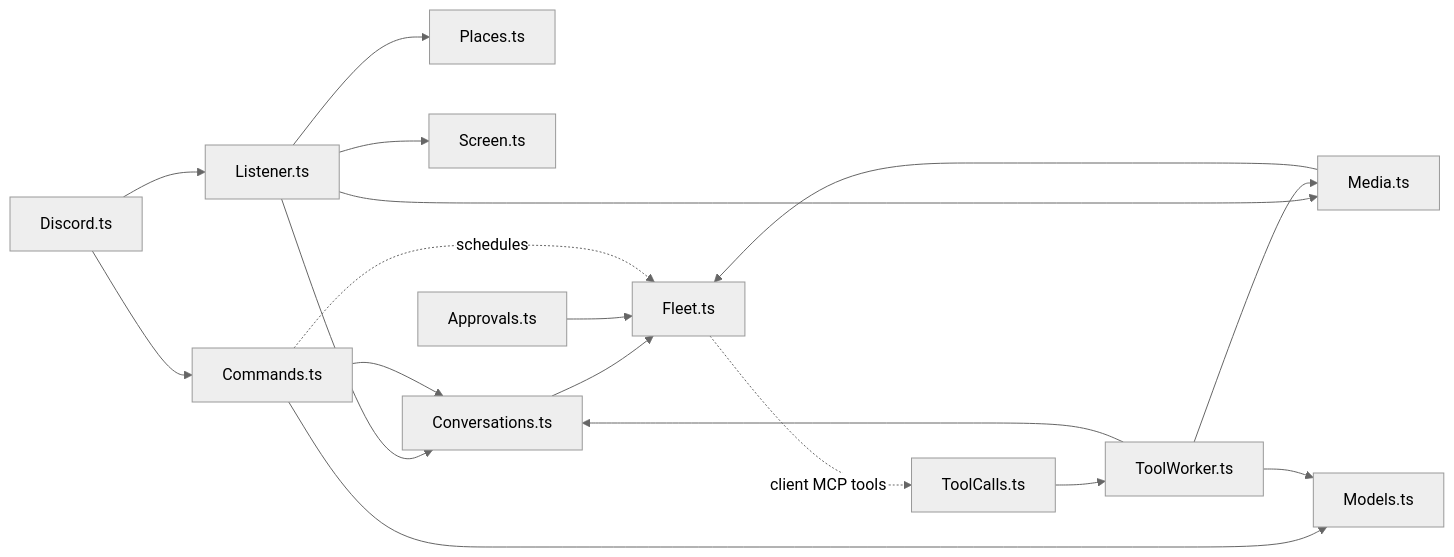
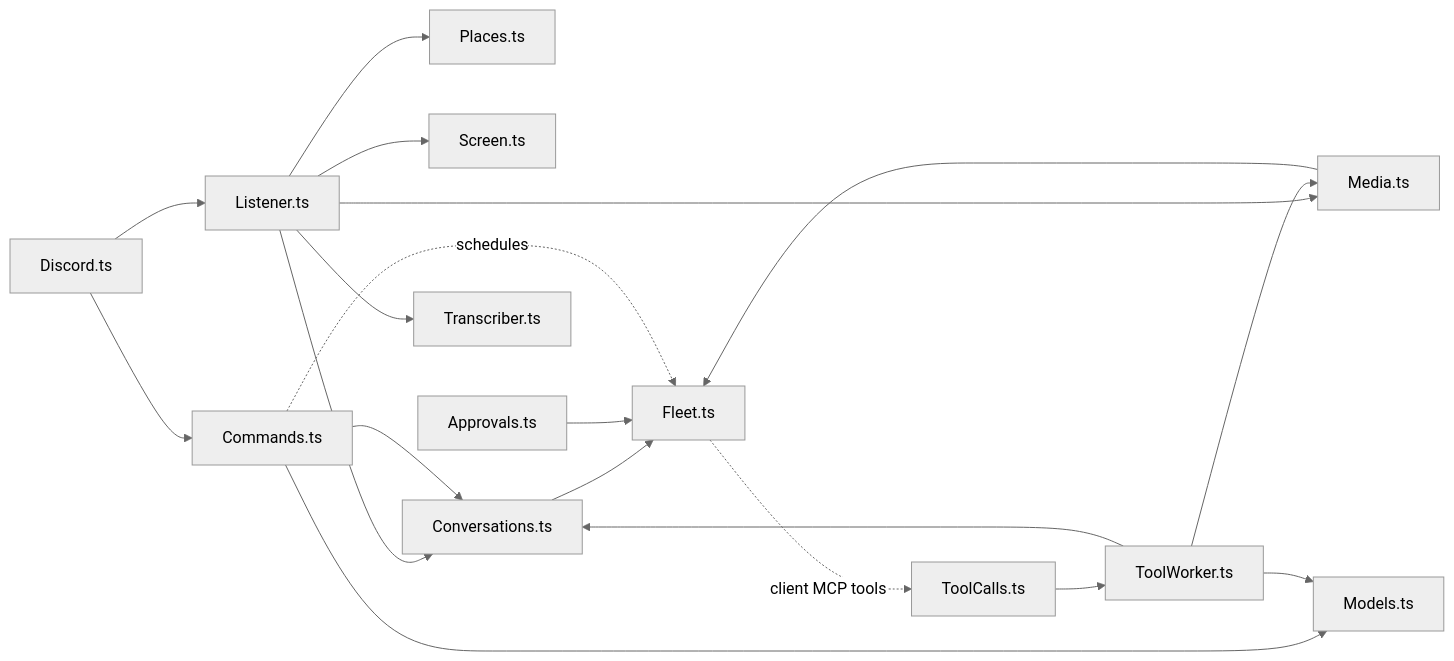
Before and after one commit to heditwo/wendell: the diagram in AGENTS.md, drawn with Mermaid (neutral theme). The commit also changed other lines of this file and 9 other files, not shown here.

````diff
--- a/AGENTS.md
+++ b/AGENTS.md
@@ -34,20 +34,21 @@
 ```mermaid
 flowchart LR
   D[Discord.ts] --> L[Listener.ts]
   L --> P[Places.ts]
   L --> S[Screen.ts]
   L --> C[Conversations.ts]
   C --> F[Fleet.ts]
   F -. client MCP tools .-> T[ToolCalls.ts]
   T --> W[ToolWorker.ts]
   W --> C
   A[Approvals.ts] --> F
   D --> K[Commands.ts]
   K --> M[Models.ts]
   K --> C
   W --> M
   L --> MD[Media.ts]
+  L --> TR[Transcriber.ts]
   W --> MD
   MD --> F
   K -. schedules .-> F
 ```
````
